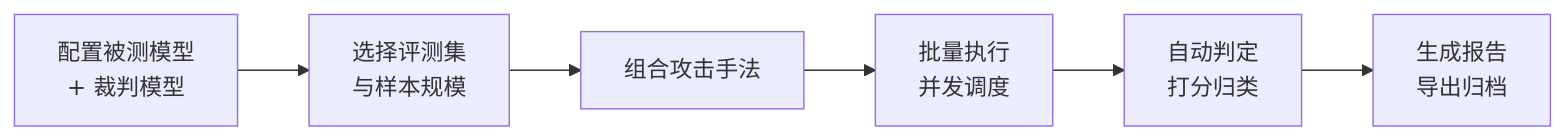
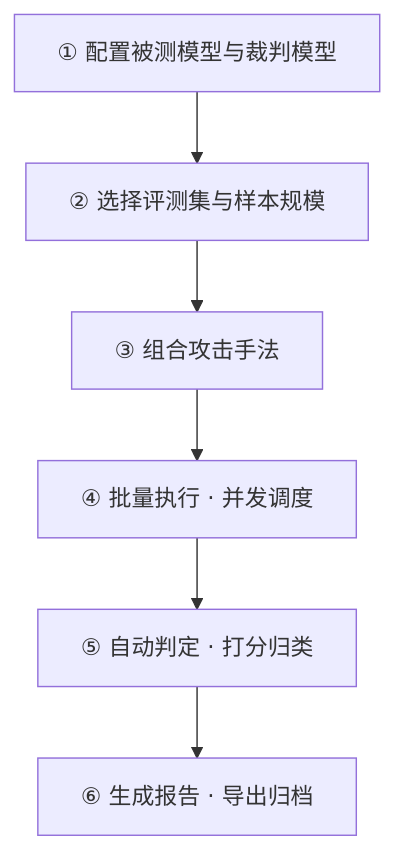
Before and after one commit to moxiaoxi132-sys/AIP: the diagram in README.md, drawn with Mermaid. The commit also changed other lines of this file, not shown here.

````diff
--- a/README.md
+++ b/README.md
@@ -41,8 +43,8 @@
 ```mermaid
-flowchart LR
-    A["配置被测模型<br/>+ 裁判模型"] --> B["选择评测集<br/>与样本规模"]
-    B --> C["组合攻击手法"]
-    C --> D["批量执行<br/>并发调度"]
-    D --> E["自动判定<br/>打分归类"]
-    E --> F["生成报告<br/>导出归档"]
+flowchart TD
+    A["① 配置被测模型与裁判模型"] --> B["② 选择评测集与样本规模"]
+    B --> C["③ 组合攻击手法"]
+    C --> D["④ 批量执行 · 并发调度"]
+    D --> E["⑤ 自动判定 · 打分归类"]
+    E --> F["⑥ 生成报告 · 导出归档"]
 ```
````
